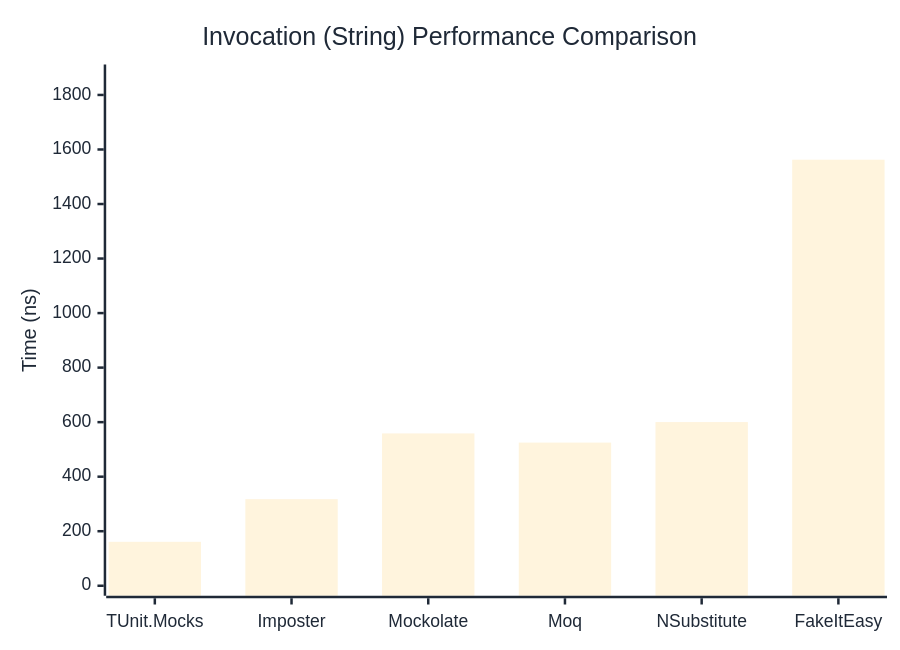
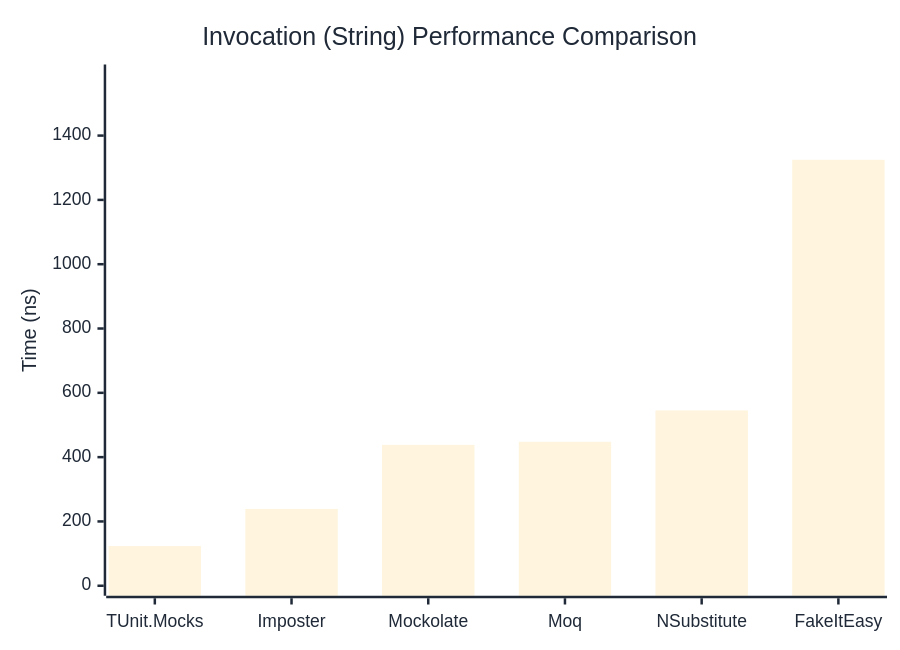
Before and after one commit to thomhurst/TUnit: the second of 3 diagrams in docs/docs/benchmarks/mocks/Invocation.md, drawn with Mermaid. The commit also changed other lines of this file and 14 other files, not shown here.

````diff
--- a/docs/docs/benchmarks/mocks/Invocation.md
+++ b/docs/docs/benchmarks/mocks/Invocation.md
@@ -69,27 +69,27 @@
 ```mermaid
 %%{init: {
   'theme':'base',
   'themeVariables': {
     'primaryColor': '#2563eb',
     'primaryTextColor': '#1f2937',
     'primaryBorderColor': '#1e40af',
     'lineColor': '#6b7280',
     'secondaryColor': '#7c3aed',
     'tertiaryColor': '#dc2626',
     'background': '#ffffff',
     'pie1': '#2563eb',
     'pie2': '#7c3aed',
     'pie3': '#dc2626',
     'pie4': '#f59e0b',
     'pie5': '#10b981',
     'pie6': '#06b6d4',
     'pie7': '#ec4899',
     'pie8': '#6366f1'
   }
 }}%%
 xychart-beta
   title "Invocation (String) Performance Comparison"
   x-axis ["TUnit.Mocks", "Imposter", "Mockolate", "Moq", "NSubstitute", "FakeItEasy"]
-  y-axis "Time (ns)" 0 --> 1875
-  bar [161.1, 317.6, 558.7, 525, 600.3, 1562.5]
+  y-axis "Time (ns)" 0 --> 1590
+  bar [123.4, 238.9, 438.1, 447.8, 545.2, 1324.7]
 ```
````
